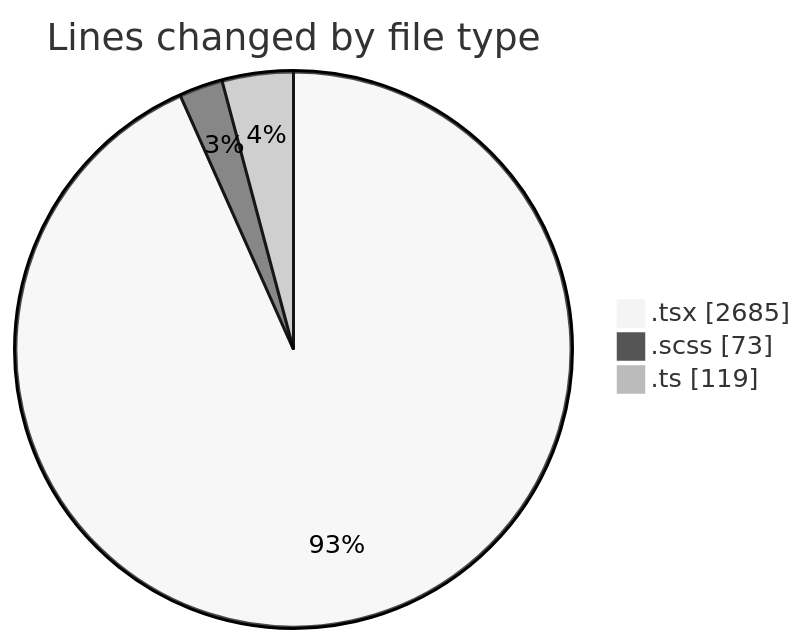
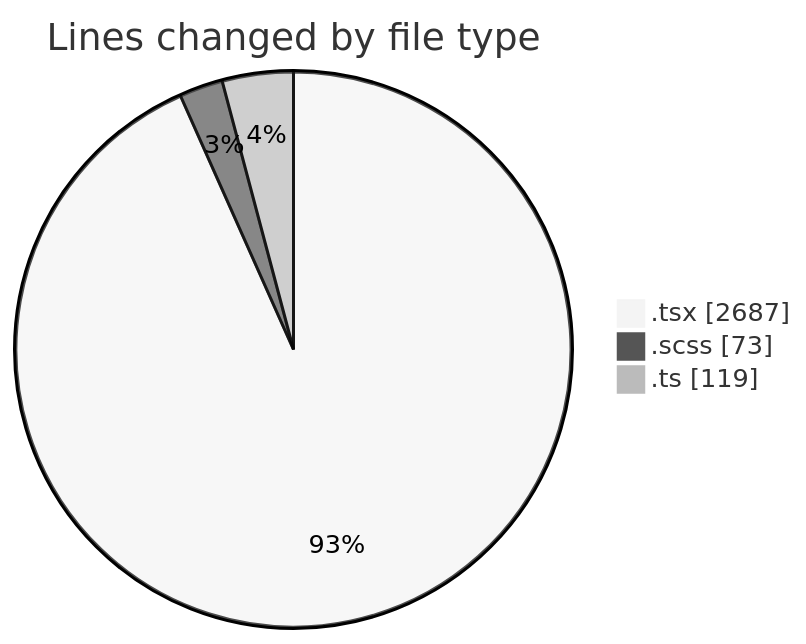
Before and after one commit to momahboobian/code-tracking: the first of 2 diagrams in 2025-06-13/cda/README.md, drawn with Mermaid (neutral theme). The commit also changed other lines of this file and 1 other file, not shown here.

````diff
--- a/2025-06-13/cda/README.md
+++ b/2025-06-13/cda/README.md
@@ -28,7 +28,7 @@
 ```mermaid
 pie showData
 title Lines changed by file type
-".tsx" : 2685
+".tsx" : 2687
 ".scss" : 73
 ".ts" : 119
 ```
````
